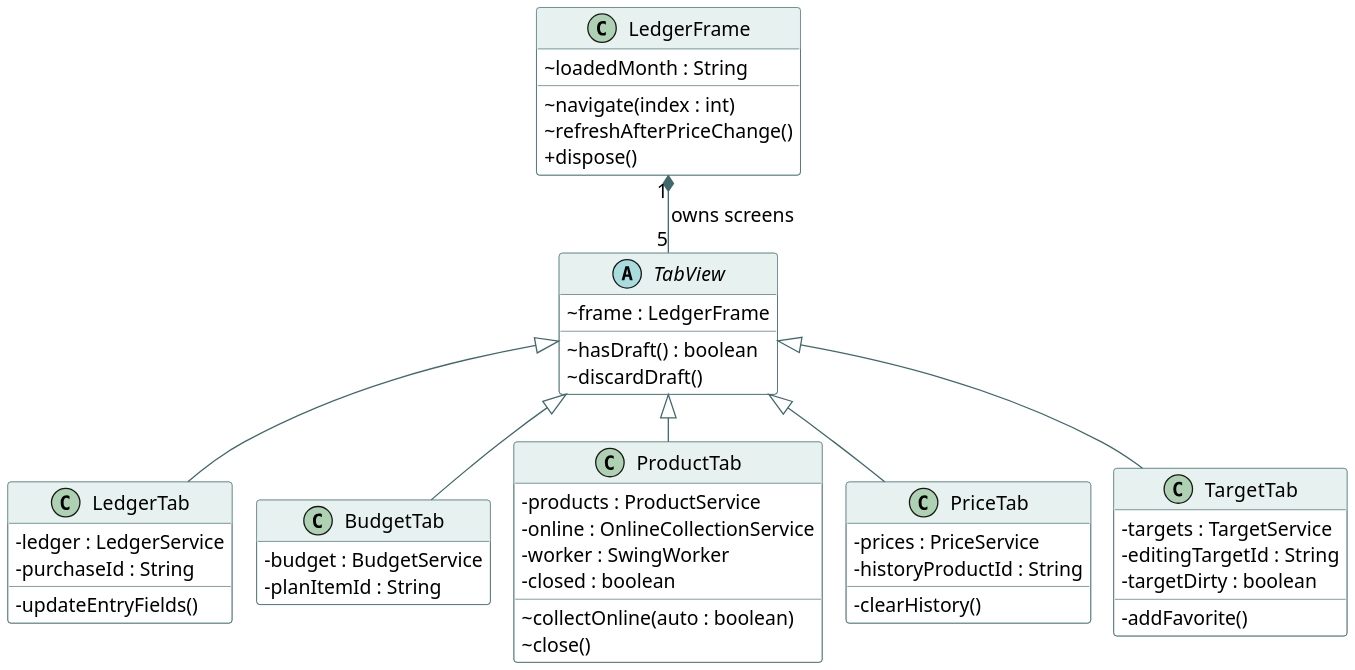
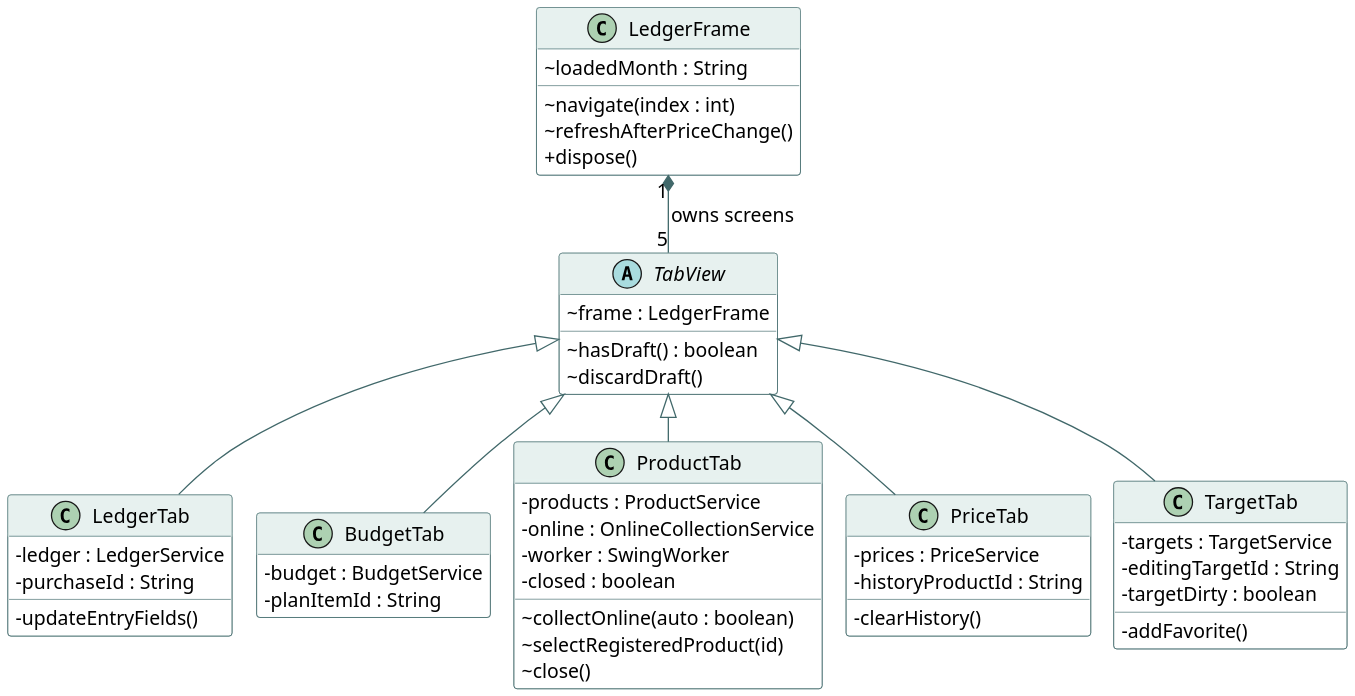
One commit to hyeonsu-test/smart-grocery-ledger changed the diagram in doc/class-storage-ui.puml. Above: the diagram before and after it, drawn with PlantUML. The commit also changed 34 other files, not shown here.

Commit message:
Fix stale product previews and unsaved-goal alerts in first-use flow

```diff
--- a/doc/class-storage-ui.puml
+++ b/doc/class-storage-ui.puml
@@ -1,59 +1,60 @@
 @startuml
 !pragma layout smetana
 skinparam dpi 170
 skinparam shadowing false
 skinparam classAttributeIconSize 0
 skinparam defaultFontName Arial
 skinparam defaultFontSize 15
 skinparam classBackgroundColor #FFFFFF
 skinparam classBorderColor #41686A
 skinparam classHeaderBackgroundColor #E7F1EF
 skinparam ArrowColor #41686A
 hide empty members
 top to bottom direction
 class LedgerFrame {
   ~ loadedMonth : String
   ~ navigate(index : int)
   ~ refreshAfterPriceChange()
   + dispose()
 }
 abstract class TabView {
   ~ frame : LedgerFrame
   ~ hasDraft() : boolean
   ~ discardDraft()
 }
 class LedgerTab {
   - ledger : LedgerService
   - purchaseId : String
   - updateEntryFields()
 }
 class BudgetTab {
   - budget : BudgetService
   - planItemId : String
 }
 class ProductTab {
   - products : ProductService
   - online : OnlineCollectionService
   - worker : SwingWorker
   - closed : boolean
   ~ collectOnline(auto : boolean)
+  ~ selectRegisteredProduct(id)
   ~ close()
 }
 class PriceTab {
   - prices : PriceService
   - historyProductId : String
   - clearHistory()
 }
 class TargetTab {
   - targets : TargetService
   - editingTargetId : String
   - targetDirty : boolean
   - addFavorite()
 }
 LedgerFrame "1" *-- "5" TabView : owns screens
 TabView <|-- LedgerTab
 TabView <|-- BudgetTab
 TabView <|-- ProductTab
 TabView <|-- PriceTab
 TabView <|-- TargetTab
 @enduml
```
